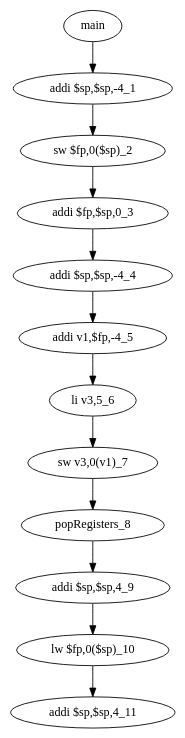
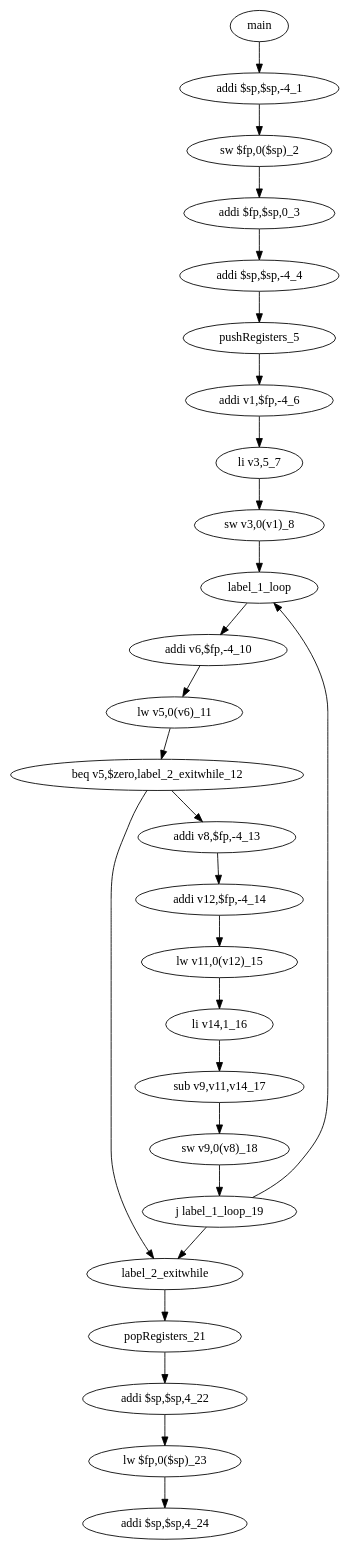
One commit to AidanGoldfarb/CtoMIPS changed the diagram in graph.dot. Above: the diagram before and after it, drawn with Graphviz. The commit also changed 4 other files, not shown here.

```diff
--- a/graph.dot
+++ b/graph.dot
@@ -1,3 +1,5 @@
 digraph {
-"main" -> "addi $sp,$sp,-4_1" -> "sw $fp,0($sp)_2" -> "addi $fp,$sp,0_3" -> "addi $sp,$sp,-4_4" -> "addi v1,$fp,-4_5" -> "li v3,5_6" -> "sw v3,0(v1)_7" -> "popRegisters_8" -> "addi $sp,$sp,4_9" -> "lw $fp,0($sp)_10" -> "addi $sp,$sp,4_11"
+"main" -> "addi $sp,$sp,-4_1" -> "sw $fp,0($sp)_2" -> "addi $fp,$sp,0_3" -> "addi $sp,$sp,-4_4" -> "pushRegisters_5" -> "addi v1,$fp,-4_6" -> "li v3,5_7" -> "sw v3,0(v1)_8" -> "label_1_loop" -> "addi v6,$fp,-4_10" -> "lw v5,0(v6)_11" -> "beq v5,$zero,label_2_exitwhile_12" -> "addi v8,$fp,-4_13" -> "addi v12,$fp,-4_14" -> "lw v11,0(v12)_15" -> "li v14,1_16" -> "sub v9,v11,v14_17" -> "sw v9,0(v8)_18" -> "j label_1_loop_19" -> "label_2_exitwhile" -> "popRegisters_21" -> "addi $sp,$sp,4_22" -> "lw $fp,0($sp)_23" -> "addi $sp,$sp,4_24"
+"beq v5,$zero,label_2_exitwhile_12" -> "label_2_exitwhile"
+"j label_1_loop_19" -> "label_1_loop"
 }
```
